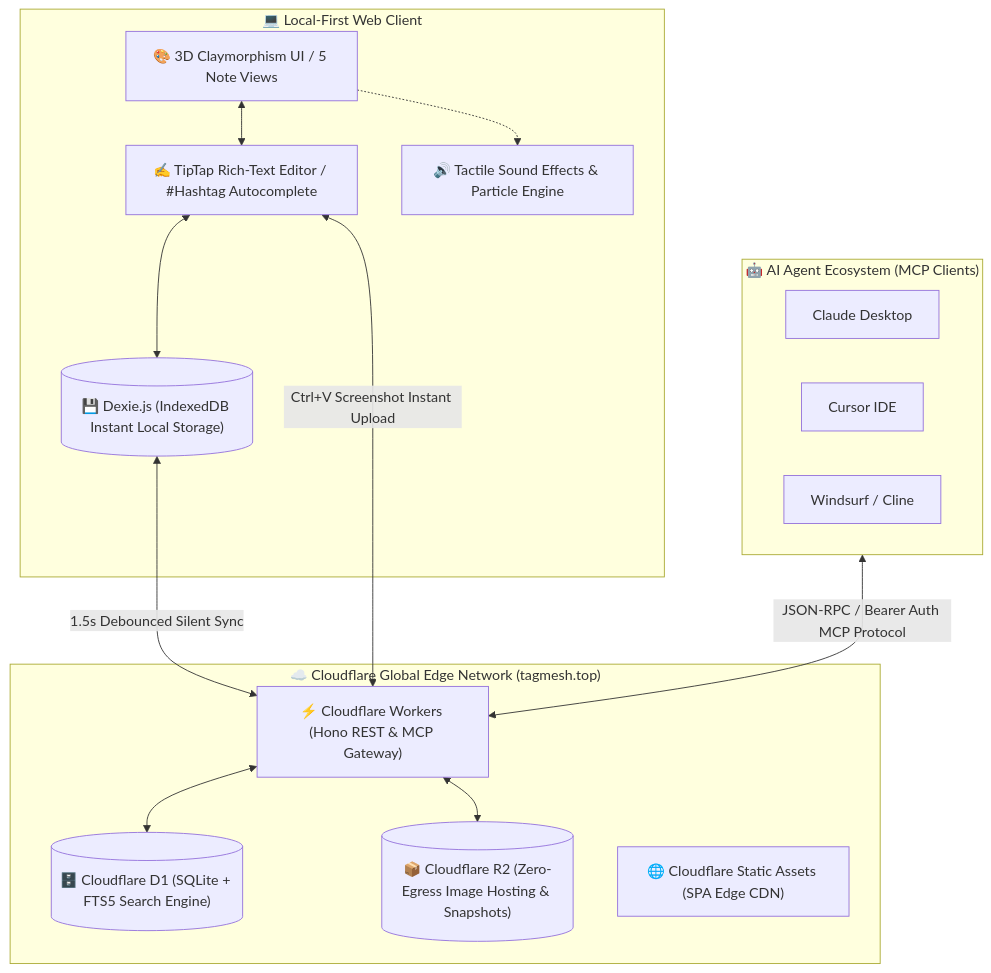
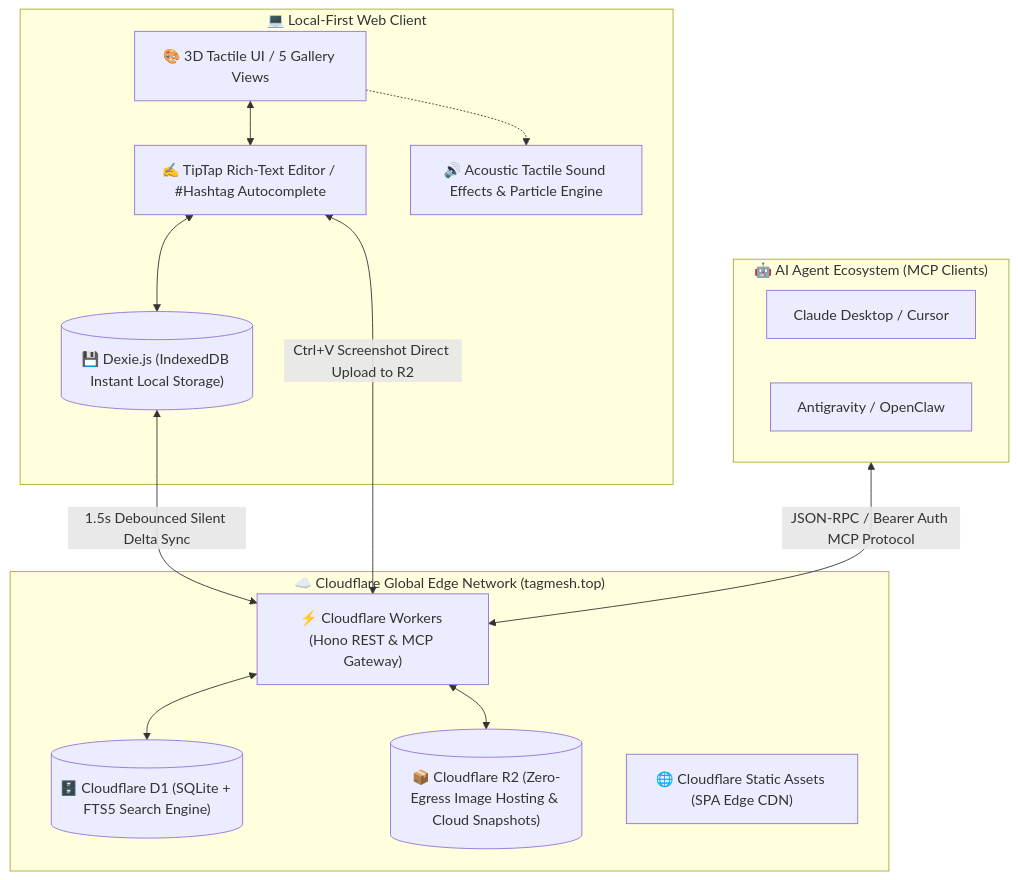
The diagram in README.md (SaulGoodManC99/TagMesh), drawn with Mermaid before and after one commit. The commit also changed other lines of this file and 23 other files, not shown here.

Commit message:
feat(release): v1.9.6 - Telegram Bot sync, timeline floating ruler, true masonry, and interspersed tag parsing

````diff
--- a/README.md
+++ b/README.md
@@ -44,33 +58,32 @@
 ```mermaid
 flowchart TD
     subgraph Client ["💻 Local-First Web Client"]
-        UI["🎨 3D Claymorphism UI / 5 Note Views"]
+        UI["🎨 3D Tactile UI / 5 Gallery Views"]
         TipTap["✍️ TipTap Rich-Text Editor / #Hashtag Autocomplete"]
         DexieDB[("💾 Dexie.js (IndexedDB Instant Local Storage)")]
-        AudioConfetti["🔊 Tactile Sound Effects & Particle Engine"]
+        AudioConfetti["🔊 Acoustic Tactile Sound Effects & Particle Engine"]
         
         UI <--> TipTap
         TipTap <--> DexieDB
         UI -.-> AudioConfetti
     end
 
     subgraph CloudflareEdge ["☁️ Cloudflare Global Edge Network (tagmesh.top)"]
         Worker["⚡ Cloudflare Workers (Hono REST & MCP Gateway)"]
         D1[("🗄️ Cloudflare D1 (SQLite + FTS5 Search Engine)")]
-        R2[("📦 Cloudflare R2 (Zero-Egress Image Hosting & Snapshots)")]
+        R2[("📦 Cloudflare R2 (Zero-Egress Image Hosting & Cloud Snapshots)")]
         Assets["🌐 Cloudflare Static Assets (SPA Edge CDN)"]
 
         Worker <--> D1
         Worker <--> R2
     end
 
     subgraph AIAgents ["🤖 AI Agent Ecosystem (MCP Clients)"]
-        Claude["Claude Desktop"]
-        Cursor["Cursor IDE"]
-        Windsurf["Windsurf / Cline"]
+        Claude["Claude Desktop / Cursor"]
+        Antigravity["Antigravity / OpenClaw"]
     end
 
-    DexieDB <-- "1.5s Debounced Silent Sync" --> Worker
-    TipTap <-- "Ctrl+V Screenshot Instant Upload" --> Worker
+    DexieDB <-- "1.5s Debounced Silent Delta Sync" --> Worker
+    TipTap <-- "Ctrl+V Screenshot Direct Upload to R2" --> Worker
     AIAgents <-- "JSON-RPC / Bearer Auth MCP Protocol" --> Worker
 ```
````
